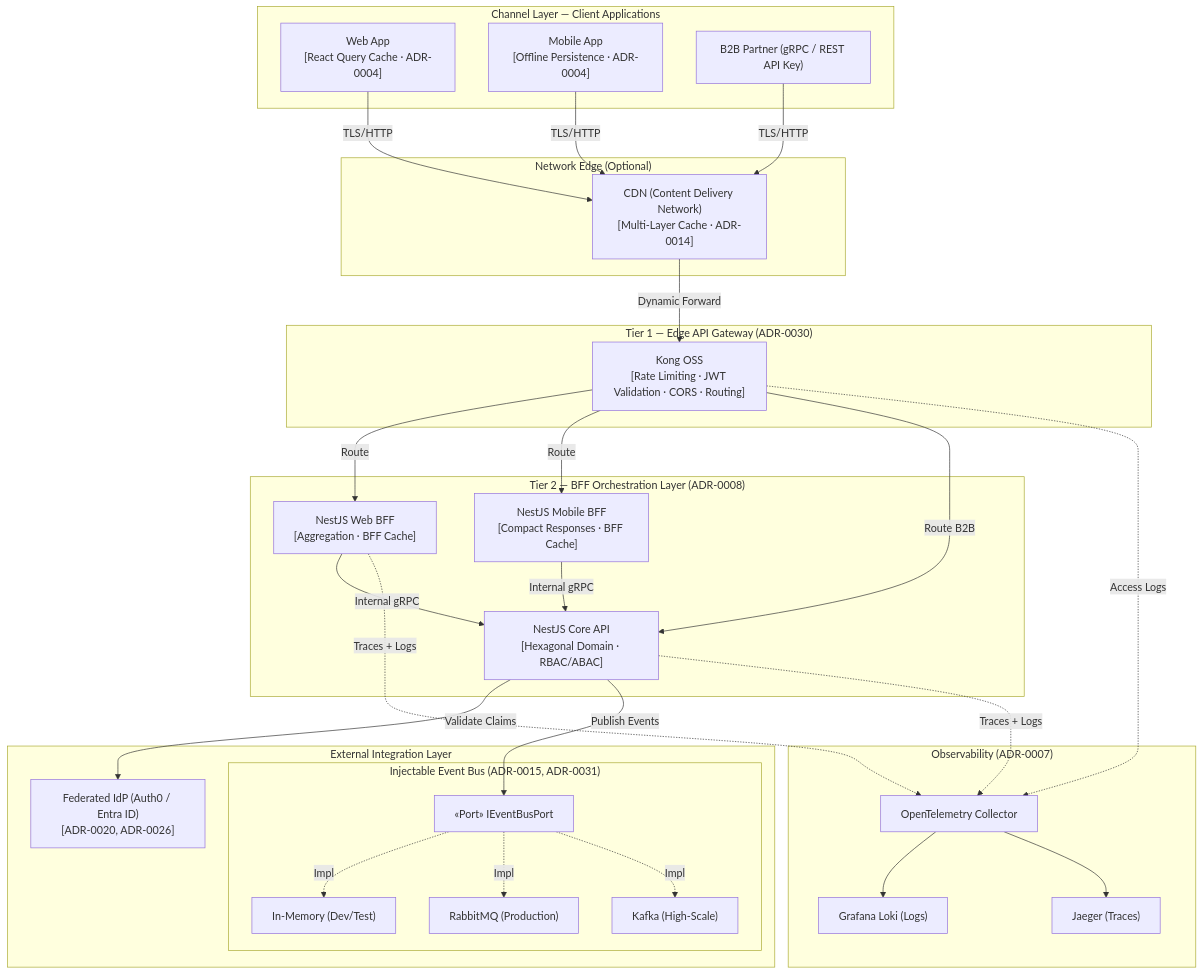
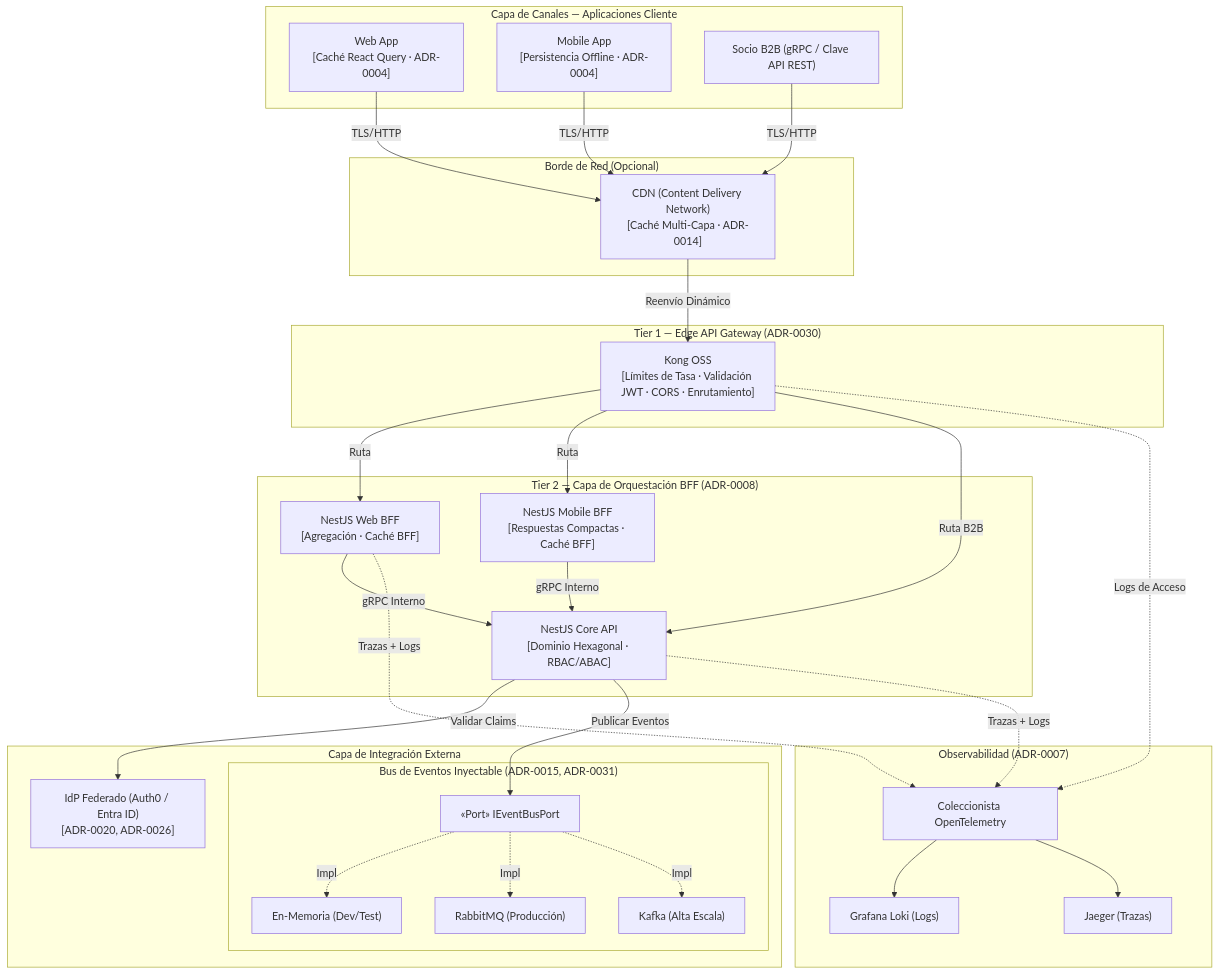
The first of 6 diagrams in arc-corporate-ws/corporate-standards-es/01-architecture/reference-blueprint.md (beyondnetcode/arc32_progresive_monolith), drawn with Mermaid before and after one commit. The commit also changed other lines of this file and 89 other files, not shown here.

````diff
--- a/arc-corporate-ws/corporate-standards-es/01-architecture/reference-blueprint.md
+++ b/arc-corporate-ws/corporate-standards-es/01-architecture/reference-blueprint.md
@@ -72,61 +72,61 @@
 ```mermaid
 graph TD
-    subgraph Clients["Channel Layer — Client Applications"]
-        WebApp["Web App\n[React Query Cache · ADR-0004]"]
-        MobileApp["Mobile App\n[Offline Persistence · ADR-0004]"]
-        B2B["B2B Partner (gRPC / REST API Key)"]
+    subgraph Clients["Capa de Canales — Aplicaciones Cliente"]
+        WebApp["Web App\n[Caché React Query · ADR-0004]"]
+        MobileApp["Mobile App\n[Persistencia Offline · ADR-0004]"]
+        B2B["Socio B2B (gRPC / Clave API REST)"]
     end
 
-    subgraph NetEdge["Network Edge (Optional)"]
-        CDN["CDN (Content Delivery Network)\n[Multi-Layer Cache · ADR-0014]"]
+    subgraph NetEdge["Borde de Red (Opcional)"]
+        CDN["CDN (Content Delivery Network)\n[Caché Multi-Capa · ADR-0014]"]
     end
 
     subgraph Tier1["Tier 1 — Edge API Gateway (ADR-0030)"]
-        Kong["Kong OSS\n[Rate Limiting · JWT Validation · CORS · Routing]"]
+        Kong["Kong OSS\n[Límites de Tasa · Validación JWT · CORS · Enrutamiento]"]
     end
 
-    subgraph Tier2["Tier 2 — BFF Orchestration Layer (ADR-0008)"]
-        WebBFF["NestJS Web BFF\n[Aggregation · BFF Cache]"]
-        MobileBFF["NestJS Mobile BFF\n[Compact Responses · BFF Cache]"]
-        CoreAPI["NestJS Core API\n[Hexagonal Domain · RBAC/ABAC]"]
+    subgraph Tier2["Tier 2 — Capa de Orquestación BFF (ADR-0008)"]
+        WebBFF["NestJS Web BFF\n[Agregación · Caché BFF]"]
+        MobileBFF["NestJS Mobile BFF\n[Respuestas Compactas · Caché BFF]"]
+        CoreAPI["NestJS Core API\n[Dominio Hexagonal · RBAC/ABAC]"]
     end
 
-    subgraph ExternalIntegrations["External Integration Layer"]
-        IdP["Federated IdP (Auth0 / Entra ID)\n[ADR-0020, ADR-0026]"]
+    subgraph ExternalIntegrations["Capa de Integración Externa"]
+        IdP["IdP Federado (Auth0 / Entra ID)\n[ADR-0020, ADR-0026]"]
         
-        subgraph EventBusAbstraction["Injectable Event Bus (ADR-0015, ADR-0031)"]
+        subgraph EventBusAbstraction["Bus de Eventos Inyectable (ADR-0015, ADR-0031)"]
             IBusPort["«Port» IEventBusPort"]
-            InMemory["In-Memory (Dev/Test)"]
-            RabbitMQ["RabbitMQ (Production)"]
-            Kafka["Kafka (High-Scale)"]
+            InMemory["En-Memoria (Dev/Test)"]
+            RabbitMQ["RabbitMQ (Producción)"]
+            Kafka["Kafka (Alta Escala)"]
             IBusPort -.->|Impl| InMemory
             IBusPort -.->|Impl| RabbitMQ
             IBusPort -.->|Impl| Kafka
         end
     end
 
-    subgraph ObsLayer["Observability (ADR-0007)"]
-        OTel["OpenTelemetry Collector"]
+    subgraph ObsLayer["Observabilidad (ADR-0007)"]
+        OTel["Coleccionista OpenTelemetry"]
         Loki["Grafana Loki (Logs)"]
-        Jaeger["Jaeger (Traces)"]
+        Jaeger["Jaeger (Trazas)"]
         OTel --> Loki
         OTel --> Jaeger
     end
 
     WebApp & MobileApp & B2B -->|TLS/HTTP| CDN
-    CDN -->|Dynamic Forward| Kong
+    CDN -->|Reenvío Dinámico| Kong
 
-    Kong -->|Route| WebBFF
-    Kong -->|Route| MobileBFF
-    Kong -->|Route B2B| CoreAPI
+    Kong -->|Ruta| WebBFF
+    Kong -->|Ruta| MobileBFF
+    Kong -->|Ruta B2B| CoreAPI
 
-    WebBFF -->|Internal gRPC| CoreAPI
-    MobileBFF -->|Internal gRPC| CoreAPI
+    WebBFF -->|gRPC Interno| CoreAPI
+    MobileBFF -->|gRPC Interno| CoreAPI
 
-    CoreAPI -->|Validate Claims| IdP
-    CoreAPI -->|Publish Events| IBusPort
+    CoreAPI -->|Validar Claims| IdP
+    CoreAPI -->|Publicar Eventos| IBusPort
 
-    CoreAPI -.->|Traces + Logs| OTel
-    WebBFF -.->|Traces + Logs| OTel
-    Kong -.->|Access Logs| OTel
+    CoreAPI -.->|Trazas + Logs| OTel
+    WebBFF -.->|Trazas + Logs| OTel
+    Kong -.->|Logs de Acceso| OTel
 ```
````
